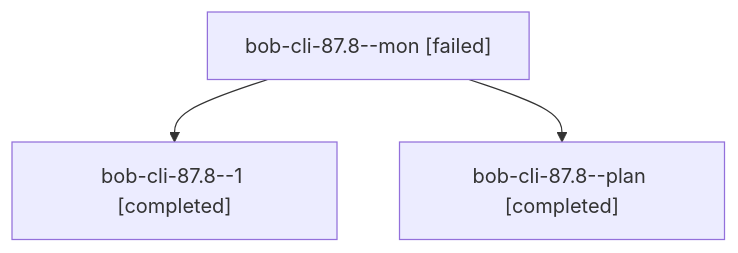
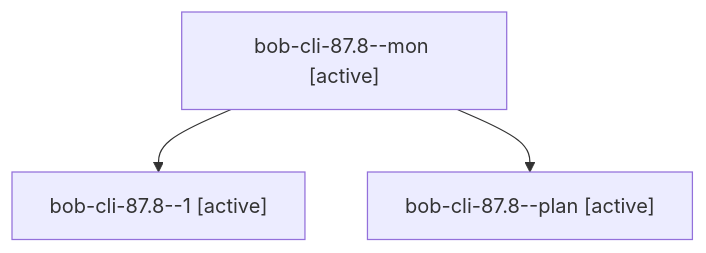
The diagram in sessions/bbugyi200.athena.bob-cli-87.8.md (bobs-org/bob-cli--agents), drawn with Mermaid before and after one commit. The commit also changed other lines of this file and 481 other files, not shown here.

````diff
--- a/sessions/bbugyi200.athena.bob-cli-87.8.md
+++ b/sessions/bbugyi200.athena.bob-cli-87.8.md
@@ -9,8 +9,8 @@
 ```mermaid
 flowchart TD
-  n0["bob-cli-87.8--mon [failed]"]
-  n1["bob-cli-87.8--1 [completed]"]
+  n0["bob-cli-87.8--mon [active]"]
+  n1["bob-cli-87.8--1 [active]"]
   n0 --> n1
-  n2["bob-cli-87.8--plan [completed]"]
+  n2["bob-cli-87.8--plan [active]"]
   n0 --> n2
 ```
````
